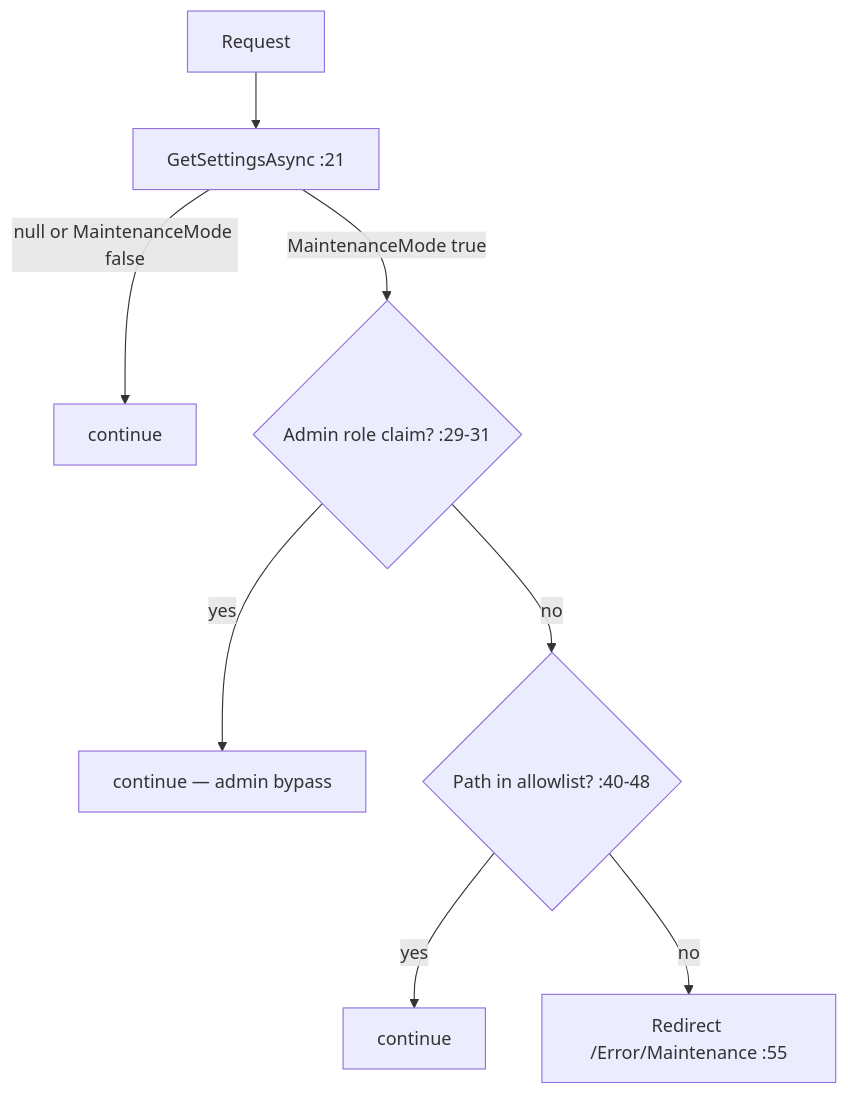
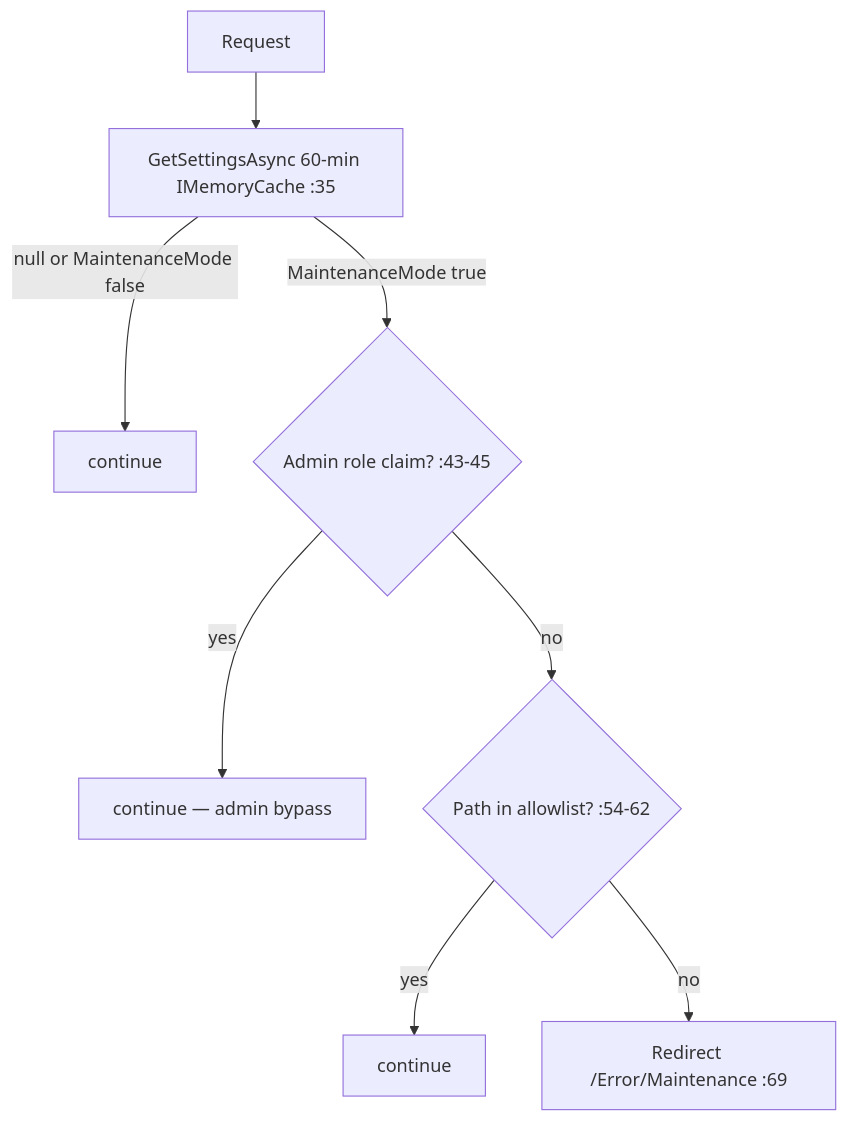
The fourth of 4 diagrams in Documentation/Modules/MVC/Middlewares.md (MohamedGasser15/Education-Lab), drawn with Mermaid before and after one commit. The commit also changed other lines of this file and 20 other files, not shown here.

Commit message:
docs(modules): update system architecture and module documentation

````diff
--- a/Documentation/Modules/MVC/Middlewares.md
+++ b/Documentation/Modules/MVC/Middlewares.md
@@ -118,10 +119,10 @@
 ```mermaid
 flowchart TD
-    A[Request] --> B[GetSettingsAsync :21]
+    A[Request] --> B[GetSettingsAsync 60-min IMemoryCache :35]
     B -->|null or MaintenanceMode false| C[continue]
-    B -->|MaintenanceMode true| D{Admin role claim? :29-31}
+    B -->|MaintenanceMode true| D{Admin role claim? :43-45}
     D -->|yes| E[continue — admin bypass]
-    D -->|no| F{Path in allowlist? :40-48}
+    D -->|no| F{Path in allowlist? :54-62}
     F -->|yes| G[continue]
-    F -->|no| H[Redirect /Error/Maintenance :55]
+    F -->|no| H[Redirect /Error/Maintenance :69]
 ```
````
